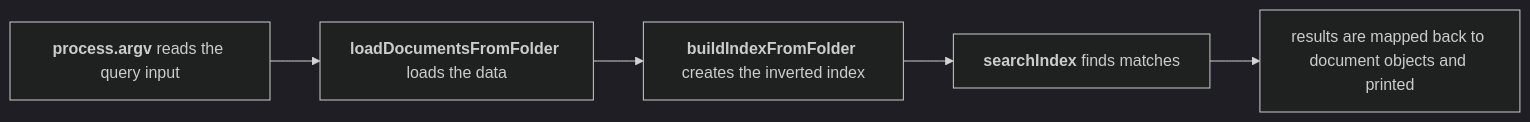
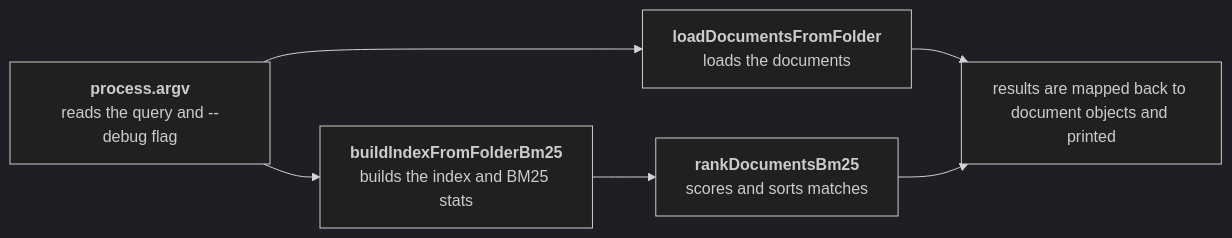
Before and after one commit to jmoten212/mini-search-engine: the diagram in README.md, drawn with Mermaid (dark theme). The commit also changed other lines of this file and 2 other files, not shown here.

````diff
--- a/README.md
+++ b/README.md
@@ -31,7 +31,8 @@
 ```mermaid
 graph LR
-    A["`<b>process.argv</b>`" reads the query input] --> B["`<b>loadDocumentsFromFolder</b>`" loads the data]
-    B --> C["`<b>buildIndexFromFolder</b>`" creates the inverted index]
-    C --> D["`<b>searchIndex</b>`" finds matches]
-    D --> E[results are mapped back to document objects and printed]
+    A["<b>process.argv</b><br>reads the query and --debug flag"] --> B["<b>loadDocumentsFromFolder</b><br>loads the documents"]
+    A --> C["<b>buildIndexFromFolderBm25</b><br>builds the index and BM25 stats"]
+    C --> D["<b>rankDocumentsBm25</b><br>scores and sorts matches"]
+    B --> E["results are mapped back to document objects and printed"]
+    D --> E
 ```
````
